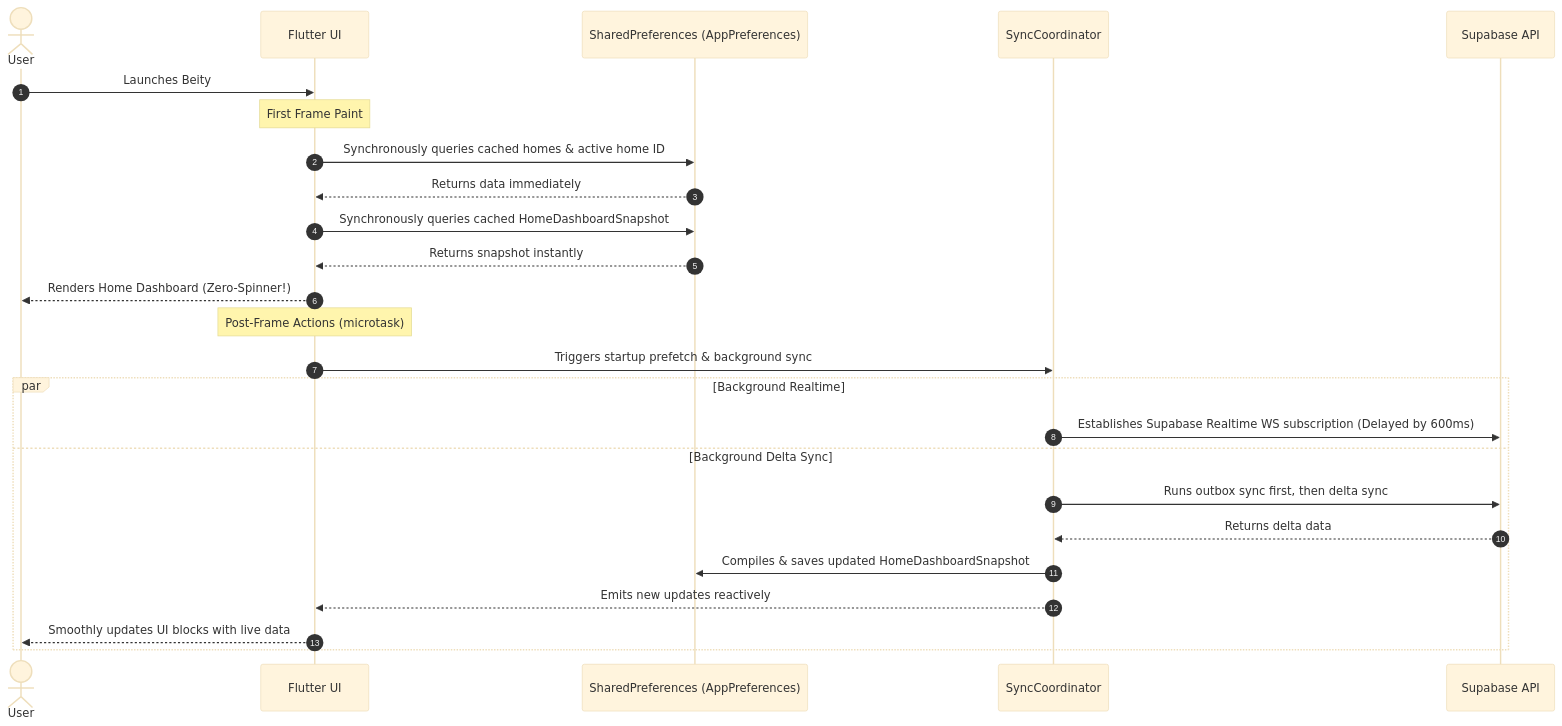
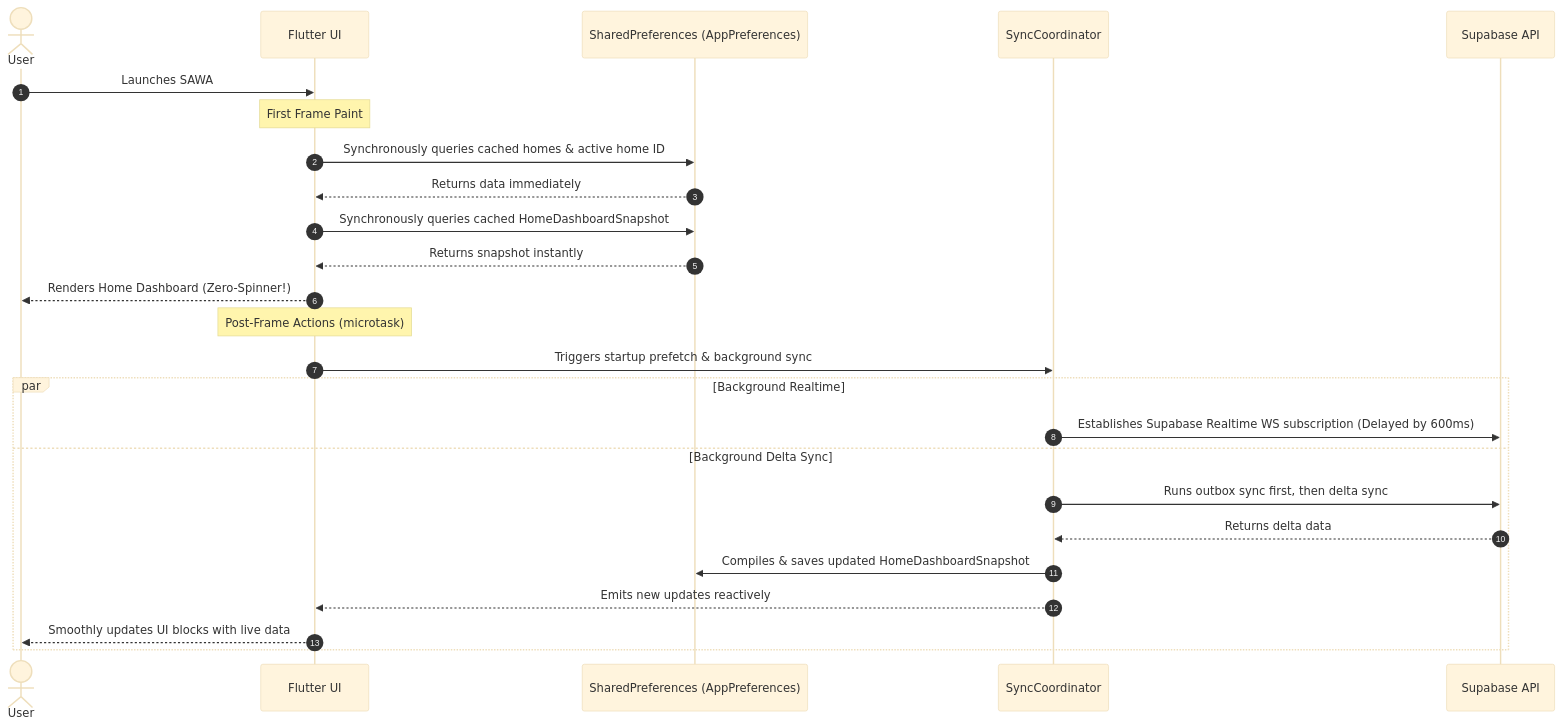
Before and after one commit to AMANCAMSYS/beity: the diagram in docs/whatsapp_like_startup_strategy.md, drawn with Mermaid (base theme). The commit also changed other lines of this file and 681 other files, not shown here.

````diff
--- a/docs/whatsapp_like_startup_strategy.md
+++ b/docs/whatsapp_like_startup_strategy.md
@@ -12,30 +12,30 @@
 ```mermaid
 sequenceDiagram
     autonumber
     actor User
     participant UI as Flutter UI
     participant Cache as SharedPreferences (AppPreferences)
     participant Sync as SyncCoordinator
     participant Server as Supabase API
 
-    User->>UI: Launches Beity
+    User->>UI: Launches SAWA
     Note over UI: First Frame Paint
     UI->>Cache: Synchronously queries cached homes & active home ID
     Cache-->>UI: Returns data immediately
     UI->>Cache: Synchronously queries cached HomeDashboardSnapshot
     Cache-->>UI: Returns snapshot instantly
     UI-->>User: Renders Home Dashboard (Zero-Spinner!)
     
     Note over UI: Post-Frame Actions (microtask)
     UI->>Sync: Triggers startup prefetch & background sync
     
     par Background Realtime
         Sync->>Server: Establishes Supabase Realtime WS subscription (Delayed by 600ms)
     and Background Delta Sync
         Sync->>Server: Runs outbox sync first, then delta sync
         Server-->>Sync: Returns delta data
         Sync->>Cache: Compiles & saves updated HomeDashboardSnapshot
         Sync-->>UI: Emits new updates reactively
         UI-->>User: Smoothly updates UI blocks with live data
     end
 ```
````
